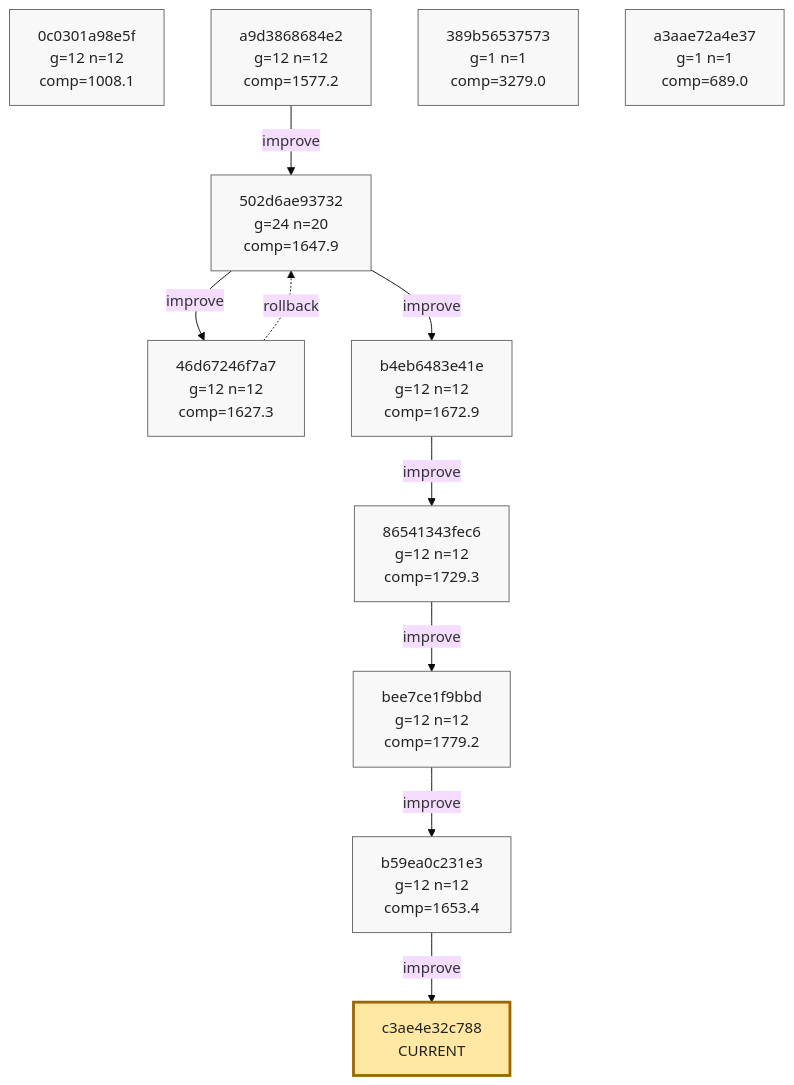
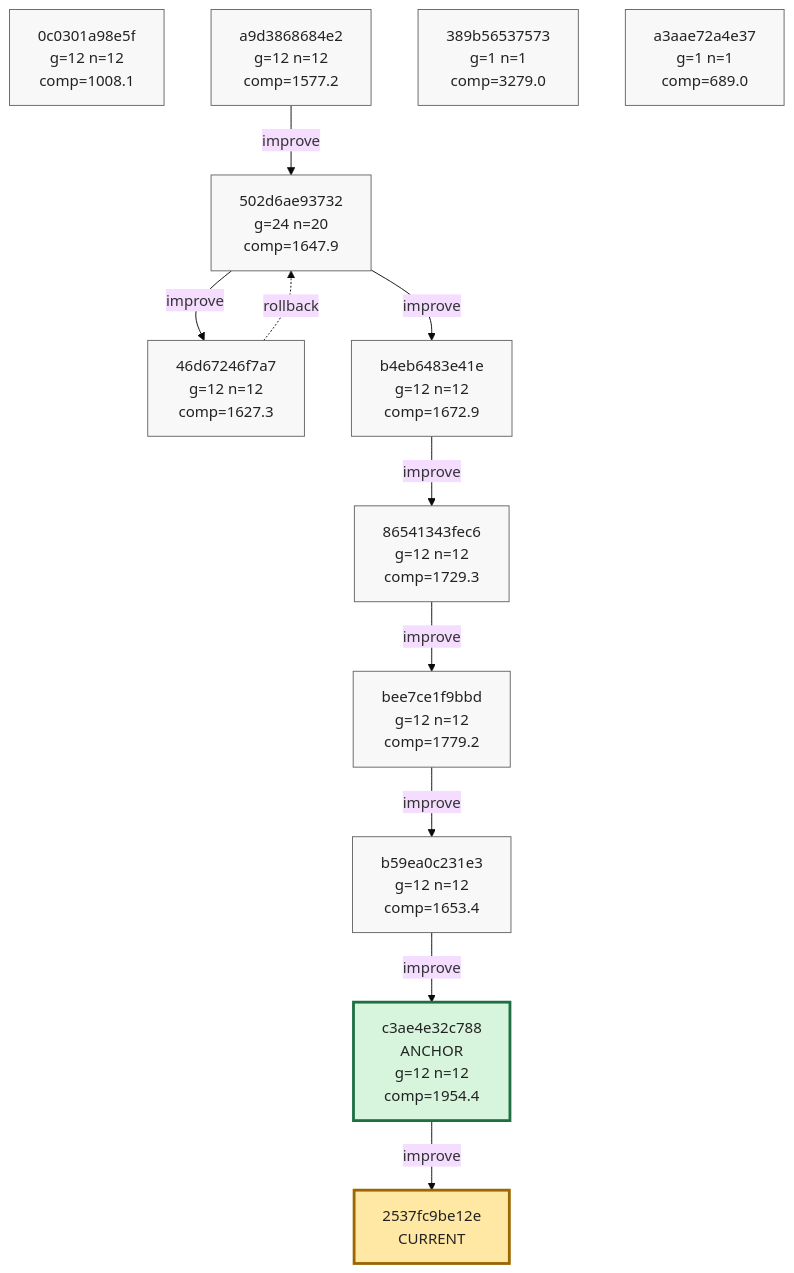
The tenth of 10 diagrams in phyrogenetic-tree.md (azumag/soviet_now), drawn with Mermaid (base theme) before and after one commit. The commit also changed other lines of this file and 2 other files, not shown here.

Commit message:
eloop Improve after 12 games (scores: 2448 3035 2115 1539 1441 1978 1149 2501 2117 2406 1746 2362)

````diff
--- a/phyrogenetic-tree.md
+++ b/phyrogenetic-tree.md
@@ -2544,40 +2545,43 @@
 ```mermaid
 flowchart TD
     h_0c0301a98e5f["0c0301a98e5f<br/>g=12 n=12<br/>comp=1008.1"]
     h_a9d3868684e2["a9d3868684e2<br/>g=12 n=12<br/>comp=1577.2"]
     h_502d6ae93732["502d6ae93732<br/>g=24 n=20<br/>comp=1647.9"]
     h_46d67246f7a7["46d67246f7a7<br/>g=12 n=12<br/>comp=1627.3"]
     h_b4eb6483e41e["b4eb6483e41e<br/>g=12 n=12<br/>comp=1672.9"]
     h_86541343fec6["86541343fec6<br/>g=12 n=12<br/>comp=1729.3"]
     h_bee7ce1f9bbd["bee7ce1f9bbd<br/>g=12 n=12<br/>comp=1779.2"]
     h_b59ea0c231e3["b59ea0c231e3<br/>g=12 n=12<br/>comp=1653.4"]
+    h_c3ae4e32c788["c3ae4e32c788<br/>ANCHOR<br/>g=12 n=12<br/>comp=1954.4"]
     h_389b56537573["389b56537573<br/>g=1 n=1<br/>comp=3279.0"]
     h_a3aae72a4e37["a3aae72a4e37<br/>g=1 n=1<br/>comp=689.0"]
-    h_c3ae4e32c788["c3ae4e32c788<br/>CURRENT"]
+    h_2537fc9be12e["2537fc9be12e<br/>CURRENT"]
 
     h_a9d3868684e2 -->|improve| h_502d6ae93732
     h_502d6ae93732 -->|improve| h_46d67246f7a7
     h_46d67246f7a7 -. rollback .-> h_502d6ae93732
     h_502d6ae93732 -->|improve| h_b4eb6483e41e
     h_b4eb6483e41e -->|improve| h_86541343fec6
     h_86541343fec6 -->|improve| h_bee7ce1f9bbd
     h_bee7ce1f9bbd -->|improve| h_b59ea0c231e3
     h_b59ea0c231e3 -->|improve| h_c3ae4e32c788
+    h_c3ae4e32c788 -->|improve| h_2537fc9be12e
 
     classDef plain fill:#f8f8f8,stroke:#666,stroke-width:1px,color:#222;
     classDef current fill:#ffe8a3,stroke:#9a6700,stroke-width:3px,color:#222;
     classDef anchor fill:#d7f5dd,stroke:#1f6f43,stroke-width:3px,color:#222;
     classDef current_anchor fill:#f3e4a8,stroke:#1f6f43,stroke-width:4px,color:#222;
 
     class h_0c0301a98e5f plain;
     class h_a9d3868684e2 plain;
     class h_502d6ae93732 plain;
     class h_46d67246f7a7 plain;
     class h_b4eb6483e41e plain;
     class h_86541343fec6 plain;
     class h_bee7ce1f9bbd plain;
     class h_b59ea0c231e3 plain;
+    class h_c3ae4e32c788 anchor;
     class h_389b56537573 plain;
     class h_a3aae72a4e37 plain;
-    class h_c3ae4e32c788 current;
+    class h_2537fc9be12e current;
 ```
````
